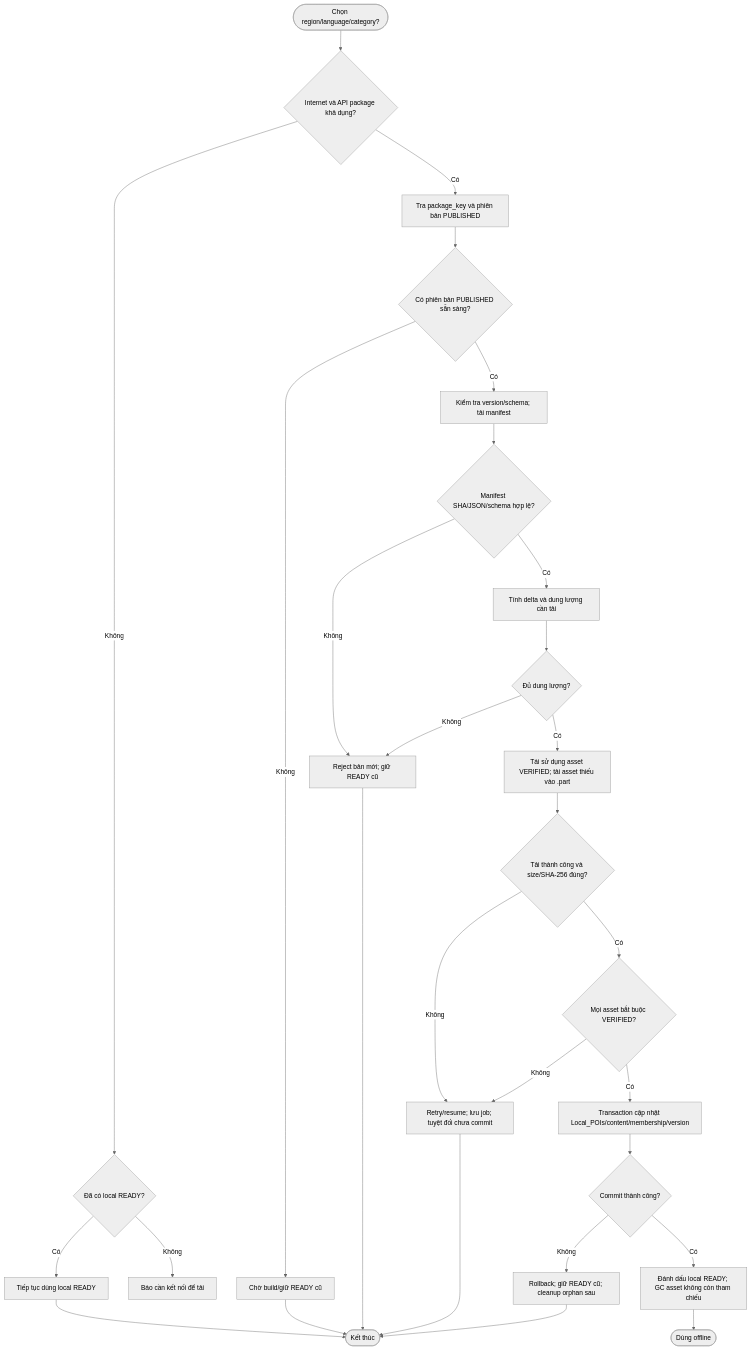
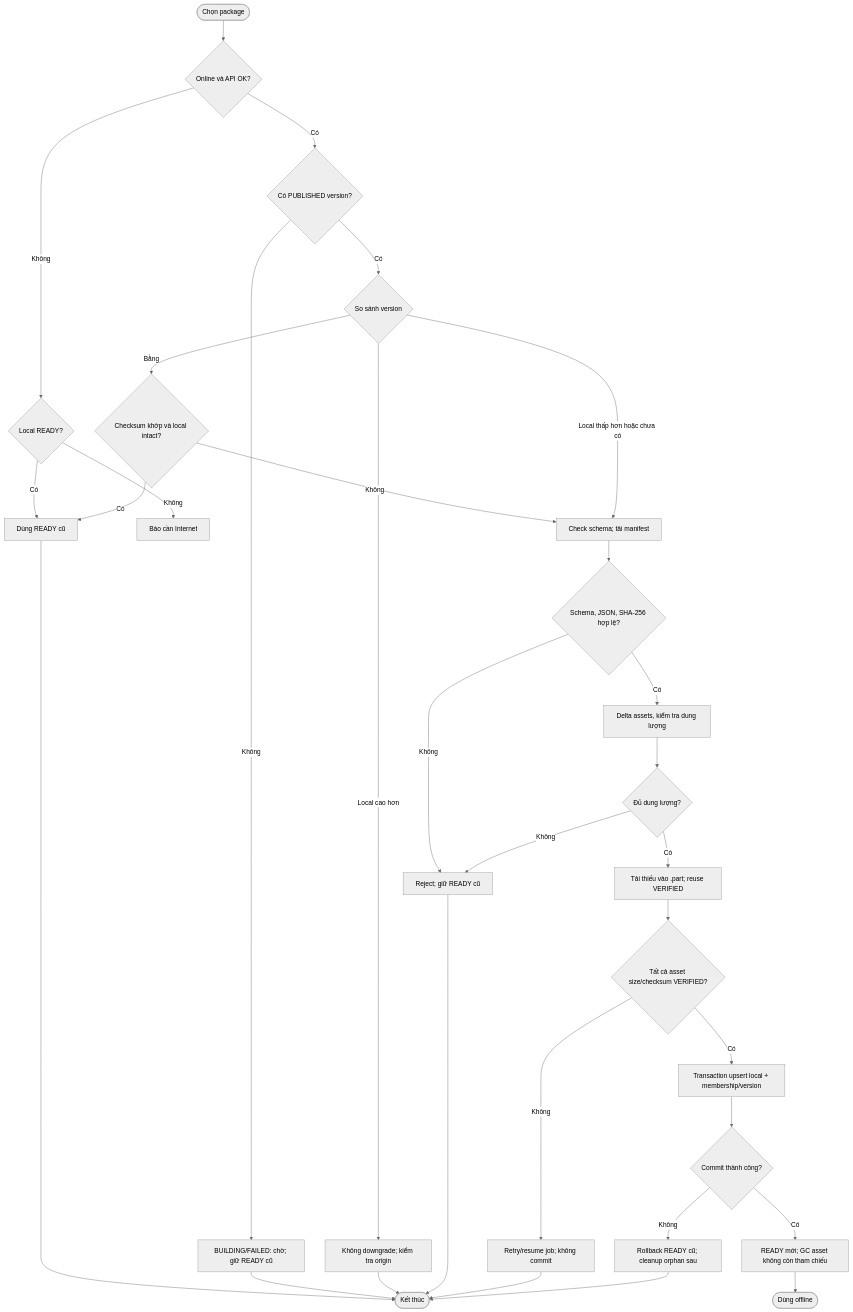
Before and after one commit to Ko4rut/multilingual-narration-backend: the diagram in docs/use-case/ft-m07-offline-content.md, drawn with Mermaid (neutral theme). The commit also changed other lines of this file and 9 other files, not shown here.

````diff
--- a/docs/use-case/ft-m07-offline-content.md
+++ b/docs/use-case/ft-m07-offline-content.md
@@ -39,25 +52,27 @@
 ```mermaid
 flowchart TD
- A([Chọn region/language/category?]) --> B{Internet và API package khả dụng?}
- B -- Không --> C{Đã có local READY?}
- C -- Có --> D[Tiếp tục dùng local READY] --> Z([Kết thúc])
- C -- Không --> X[Báo cần kết nối để tải]
- B -- Có --> E[Tra package_key và phiên bản PUBLISHED]
- E --> F{Có phiên bản PUBLISHED sẵn sàng?}
- F -- Không --> G[Chờ build/giữ READY cũ] --> Z
- F -- Có --> H[Kiểm tra version/schema; tải manifest]
- H --> I{Manifest SHA/JSON/schema hợp lệ?}
- I -- Không --> J[Reject bản mới; giữ READY cũ] --> Z
- I -- Có --> K[Tính delta và dung lượng cần tải]
- K --> L{Đủ dung lượng?}
- L -- Không --> J
- L -- Có --> M[Tái sử dụng asset VERIFIED; tải asset thiếu vào .part]
- M --> N{Tải thành công và size/SHA-256 đúng?}
- N -- Không --> O[Retry/resume; lưu job; tuyệt đối chưa commit] --> Z
- N -- Có --> P{Mọi asset bắt buộc VERIFIED?}
- P -- Không --> O
- P -- Có --> Q[Transaction cập nhật Local_POIs/content/membership/version]
- Q --> R{Commit thành công?}
- R -- Không --> S[Rollback; giữ READY cũ; cleanup orphan sau] --> Z
- R -- Có --> T[Đánh dấu local READY; GC asset không còn tham chiếu] --> U([Dùng offline])
+ A([Chọn package]) --> B{Online và API OK?}
+ B -- Không --> C{Local READY?}
+ C -- Có --> D[Dùng READY cũ] --> Z([Kết thúc])
+ C -- Không --> X[Báo cần Internet]
+ B -- Có --> E{Có PUBLISHED version?}
+ E -- Không --> F[BUILDING/FAILED: chờ; giữ READY cũ] --> Z
+ E -- Có --> G{So sánh version}
+ G -- Bằng --> H{Checksum khớp và local intact?}
+ H -- Có --> D
+ H -- Không --> J[Check schema; tải manifest]
+ G -- Local cao hơn --> I[Không downgrade; kiểm tra origin] --> Z
+ G -- Local thấp hơn hoặc chưa có --> J
+ J --> K{Schema, JSON, SHA-256 hợp lệ?}
+ K -- Không --> L[Reject; giữ READY cũ] --> Z
+ K -- Có --> M[Delta assets, kiểm tra dung lượng]
+ M --> N{Đủ dung lượng?}
+ N -- Không --> L
+ N -- Có --> O[Tải thiếu vào .part; reuse VERIFIED]
+ O --> P{Tất cả asset size/checksum VERIFIED?}
+ P -- Không --> Q[Retry/resume job; không commit] --> Z
+ P -- Có --> R[Transaction upsert local + membership/version]
+ R --> S{Commit thành công?}
+ S -- Không --> T[Rollback READY cũ; cleanup orphan sau] --> Z
+ S -- Có --> U[READY mới; GC asset không còn tham chiếu] --> V([Dùng offline])
 ```
````
